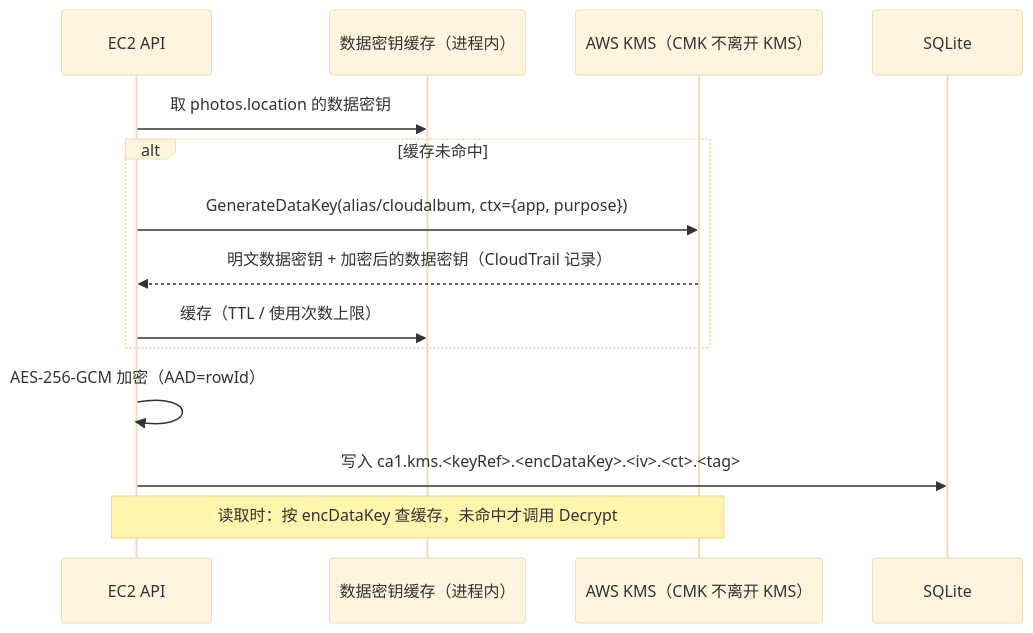
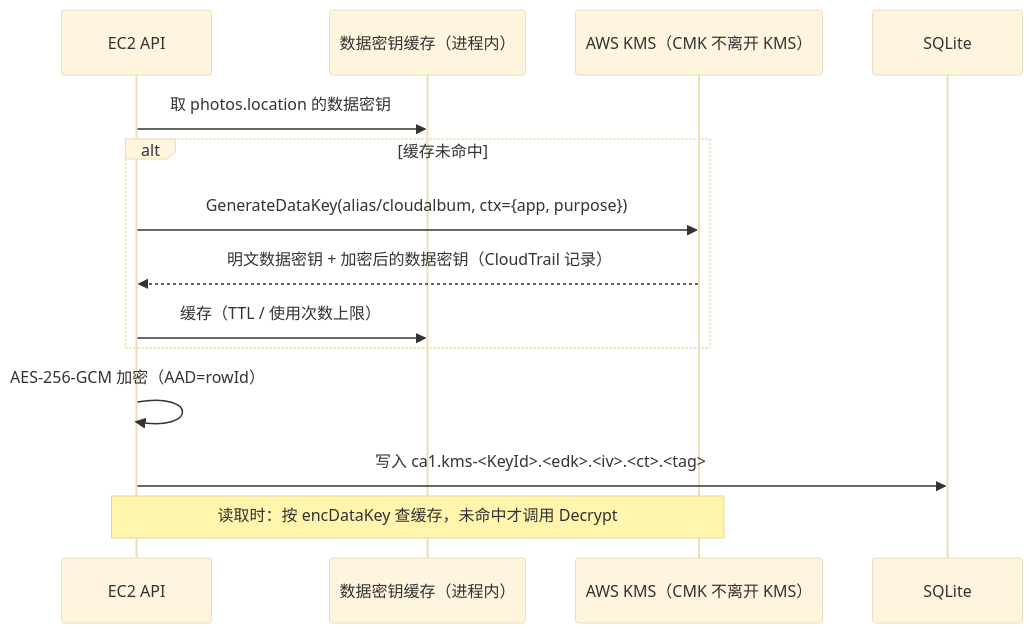
One commit to anc-repository/aws_training changed the eighth of 8 diagrams in docs/modules/02-identity-security.md. Above: the diagram before and after it, drawn with Mermaid (base theme). The commit also changed other lines of this file and 12 other files, not shown here.

````diff
--- a/docs/modules/02-identity-security.md
+++ b/docs/modules/02-identity-security.md
@@ -1336,16 +1692,16 @@
 ```mermaid
 sequenceDiagram
   participant API as EC2 API
   participant C as 数据密钥缓存（进程内）
   participant K as AWS KMS（CMK 不离开 KMS）
   participant DB as SQLite
   API->>C: 取 photos.location 的数据密钥
   alt 缓存未命中
     API->>K: GenerateDataKey(alias/cloudalbum, ctx={app, purpose})
     K-->>API: 明文数据密钥 + 加密后的数据密钥（CloudTrail 记录）
     API->>C: 缓存（TTL / 使用次数上限）
   end
   API->>API: AES-256-GCM 加密（AAD=rowId）
-  API->>DB: 写入 ca1.kms.<keyRef>.<encDataKey>.<iv>.<ct>.<tag>
+  API->>DB: 写入 ca1.kms-<KeyId>.<edk>.<iv>.<ct>.<tag>
   Note over API,K: 读取时：按 encDataKey 查缓存，未命中才调用 Decrypt
 ```
````
